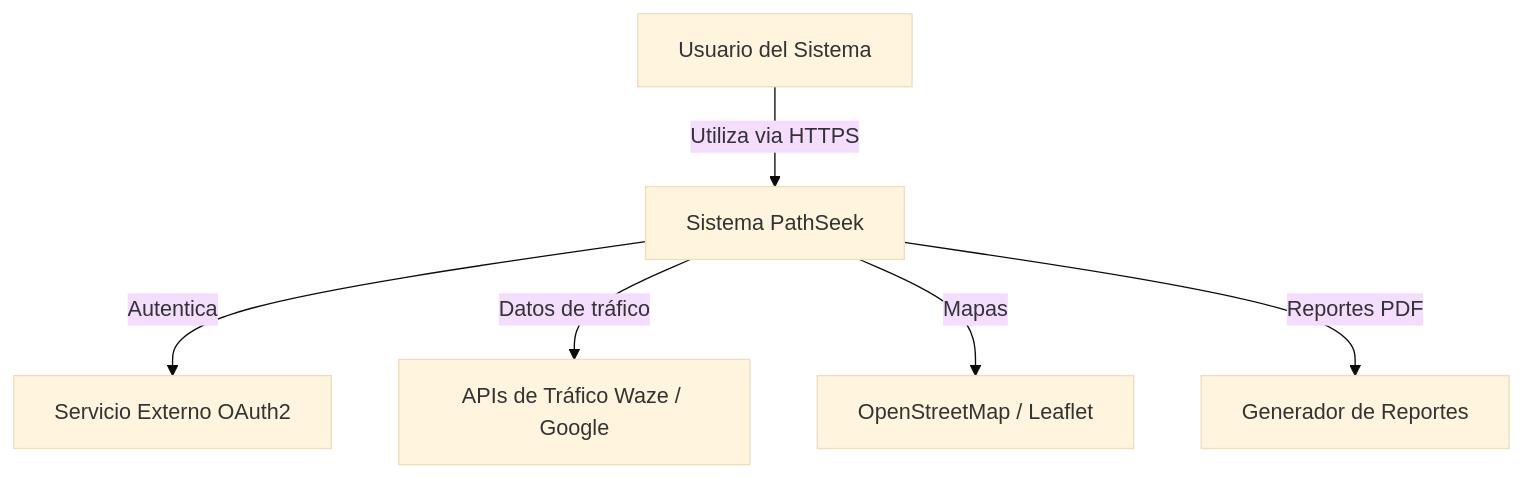
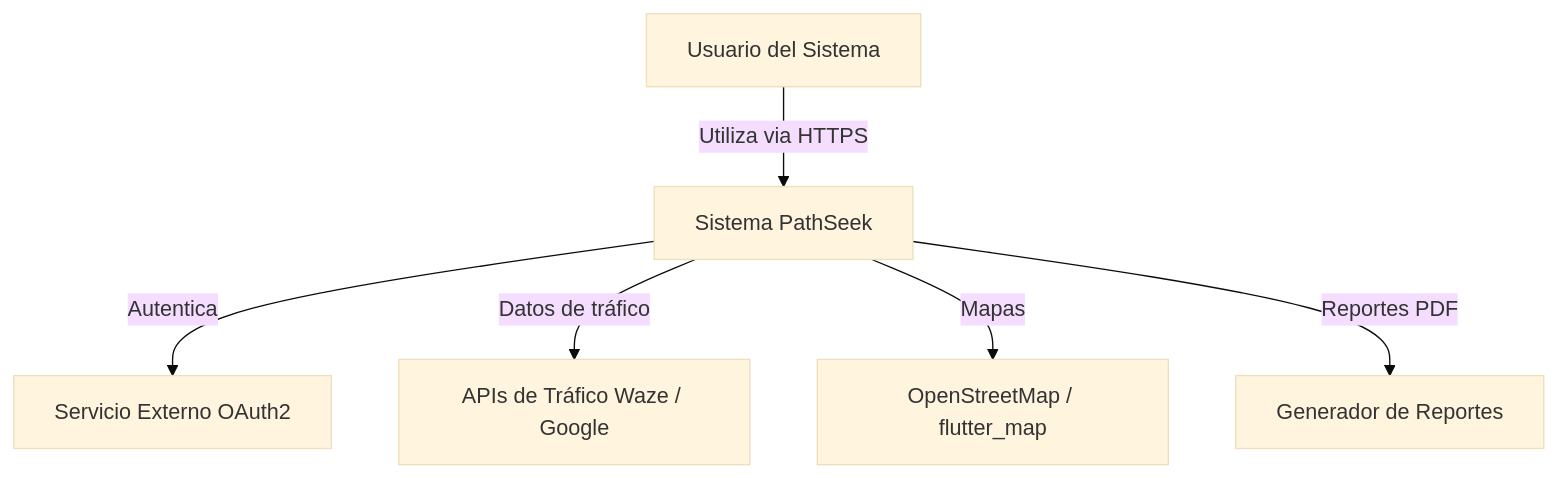
Before and after one commit to UmbraFlare-code/PathSeek: the first of 7 diagrams in docs/01 Inicio/12. Modelo C4 V_1_1_0.md, drawn with Mermaid (base theme). The commit also changed other lines of this file and 8 other files, not shown here.

````diff
--- a/docs/01 Inicio/12. Modelo C4 V_1_1_0.md
+++ b/docs/01 Inicio/12. Modelo C4 V_1_1_0.md
@@ -11,8 +11,8 @@
 ```mermaid
 graph TD
     User["Usuario del Sistema"] -->|"Utiliza via HTTPS"| System["Sistema PathSeek"]
     System -->|"Autentica"| Auth["Servicio Externo OAuth2"]
     System -->|"Datos de tráfico"| Traffic["APIs de Tráfico Waze / Google"]
-    System -->|"Mapas"| Maps["OpenStreetMap / Leaflet"]
+    System -->|"Mapas"| Maps["OpenStreetMap / flutter_map"]
     System -->|"Reportes PDF"| Report["Generador de Reportes"]
 ```
````
